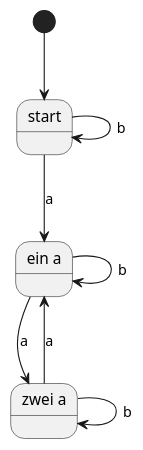
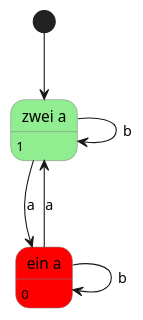
Before and after one commit to phbenisc/msiComplexTheorie: the diagram in src/main/resources/uebung3/exercise04a.puml, drawn with PlantUML. The commit also changed 7 other files, not shown here.

Commit message:
feat(uebung1): made DFA diagrams nice

```diff
--- a/src/main/resources/uebung3/exercise04a.puml
+++ b/src/main/resources/uebung3/exercise04a.puml
@@ -1,21 +1,24 @@
 @startuml
-[*] --> 0
+skinparam state {
+  BackgroundColor<<YES>> LightGreen
+  BackgroundColor<<NO>> Red
+  BorderColor Gray
+}
 
-state "start" as 0
+[*] --> 1
 
-state "ein a" as 1
-state "zwei a" as 2
+state "ein a" as 0 <<NO>>
+state "zwei a" as 1 <<YES>>
 
+0: 0
+1: 1
+
+0 --> 0 : b
 0 --> 1 : a
-0 --> 0 : b
-'1 --> 2 : a
-
-1 --> 2 : a
-2 --> 1 : a
+1 --> 0 : a
 1 --> 1 : b
-2 --> 2 : b
 
 
 
 
 @enduml
```
